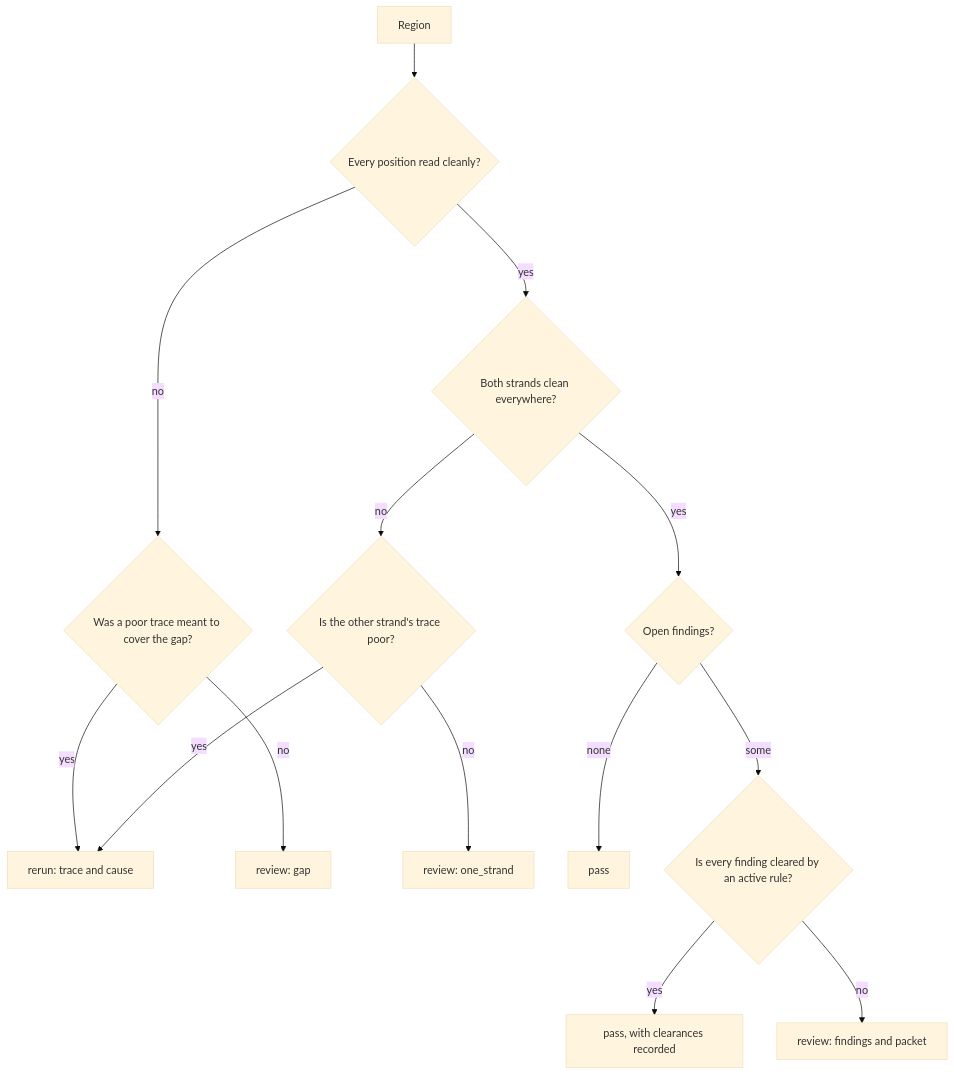
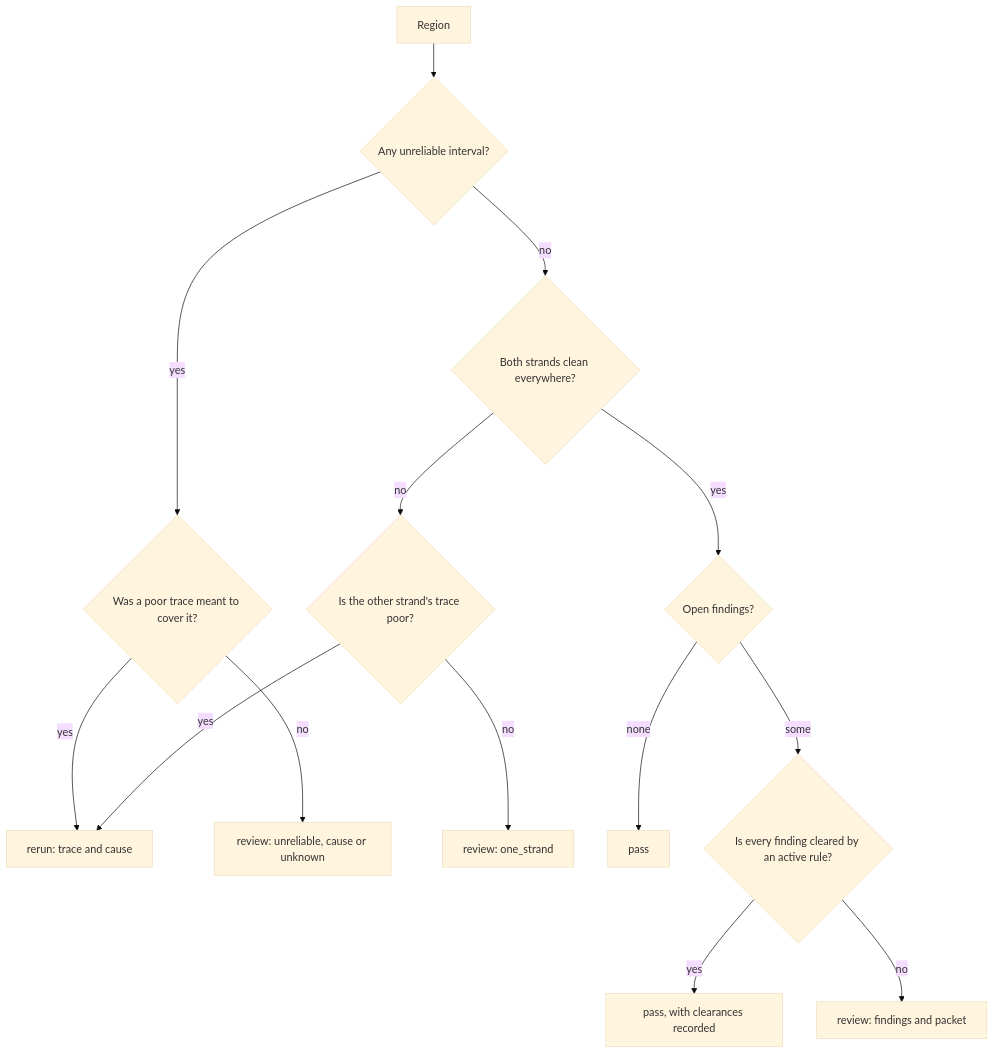
Before and after one commit to tsuuanmi/DNA: the third of 5 diagrams in docs/proposals/0004-review-triage.md, drawn with Mermaid (base theme). The commit also changed other lines of this file and 2 other files, not shown here.

````diff
--- a/docs/proposals/0004-review-triage.md
+++ b/docs/proposals/0004-review-triage.md
@@ -161,16 +244,16 @@
 ```mermaid
 flowchart TD
-  R[Region] --> G{Every position read cleanly?}
-  G -- no --> GP{Was a poor trace meant to cover the gap?}
+  R[Region] --> G{Any unreliable interval?}
+  G -- yes --> GP{Was a poor trace meant to cover it?}
   GP -- yes --> RR[rerun: trace and cause]
-  GP -- no --> V1[review: gap]
-  G -- yes --> B{Both strands clean everywhere?}
+  GP -- no --> V1[review: unreliable, cause or unknown]
+  G -- no --> B{Both strands clean everywhere?}
   B -- no --> BP{Is the other strand's trace poor?}
   BP -- yes --> RR
   BP -- no --> V2[review: one_strand]
   B -- yes --> F{Open findings?}
   F -- none --> OK[pass]
   F -- some --> A{Is every finding cleared by an active rule?}
   A -- yes --> OK2[pass, with clearances recorded]
   A -- no --> V3[review: findings and packet]
 ```
````
